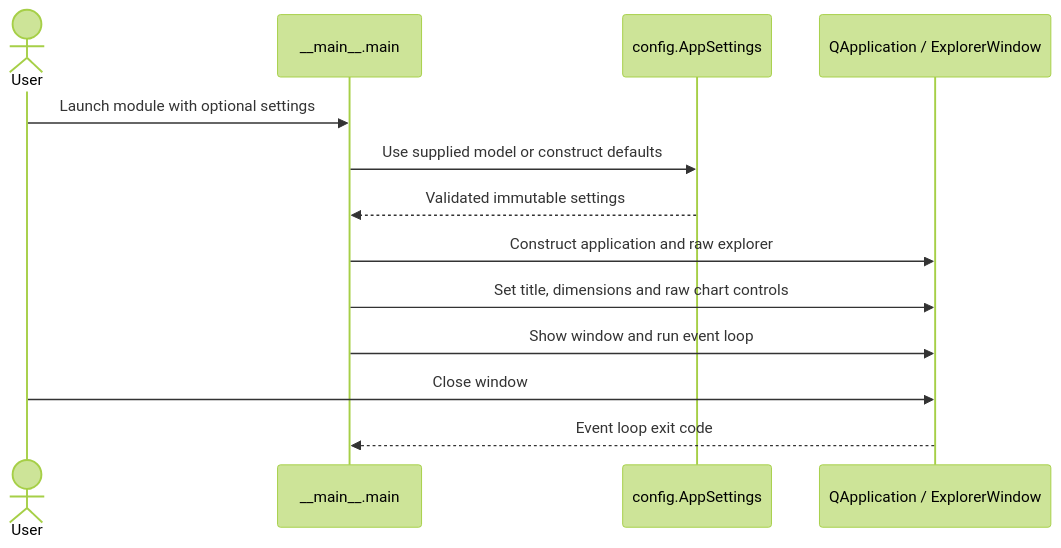
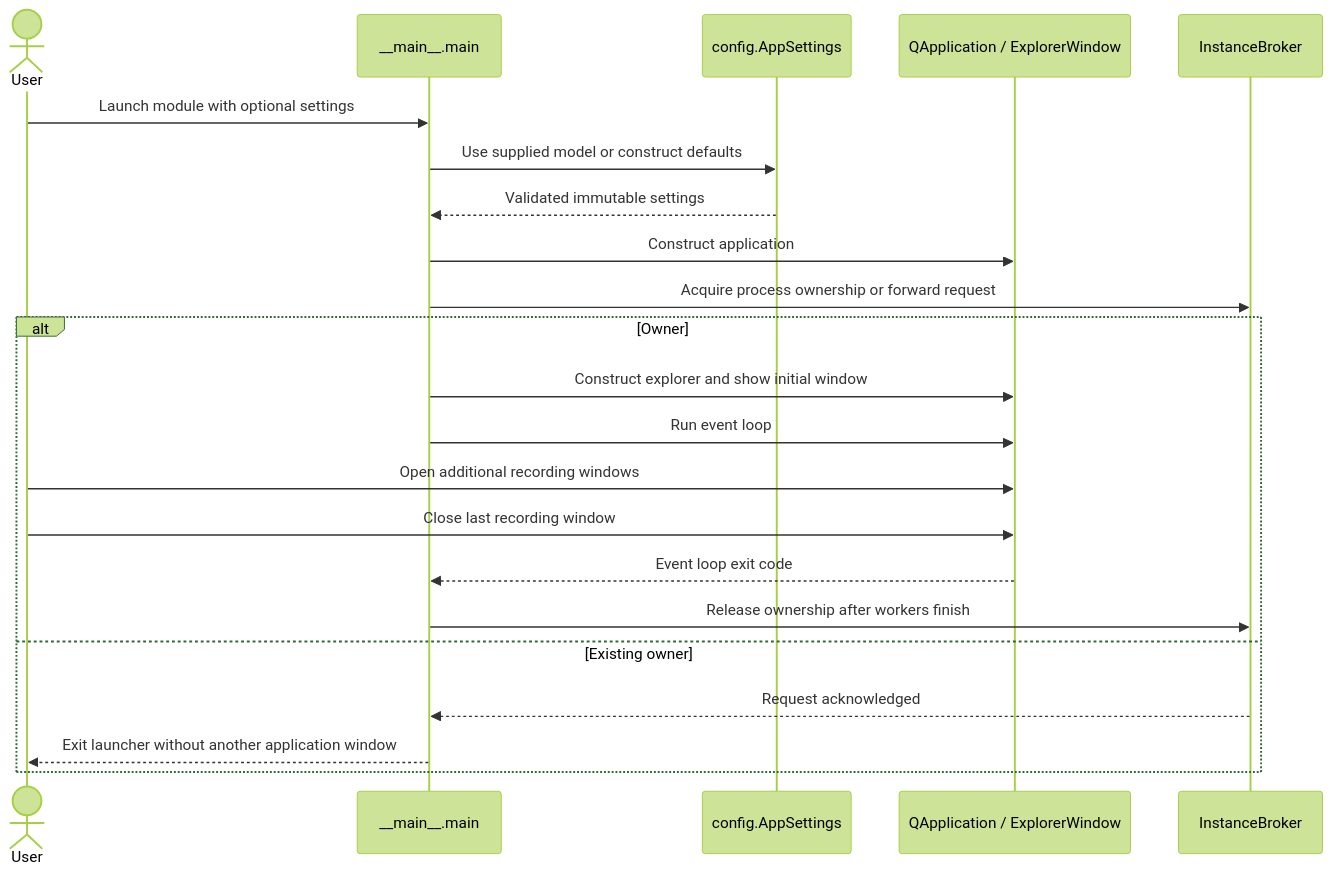
One commit to rudnerbjoern/ride-forces-analyzer changed the first of 6 diagrams in docs/architecture/06_runtime_view.md. Above: the diagram before and after it, drawn with Mermaid (forest theme). The commit also changed other lines of this file and 12 other files, not shown here.

First line of the commit message:
:sparkles: feat(gui): compare recordings within one application instance

````diff
--- a/docs/architecture/06_runtime_view.md
+++ b/docs/architecture/06_runtime_view.md
@@ -19,15 +19,24 @@
 ```mermaid
 sequenceDiagram
     actor User
     participant Entry as __main__.main
     participant Settings as config.AppSettings
     participant Qt as QApplication / ExplorerWindow
+    participant IPC as InstanceBroker
     User->>Entry: Launch module with optional settings
     Entry->>Settings: Use supplied model or construct defaults
     Settings-->>Entry: Validated immutable settings
-    Entry->>Qt: Construct application and raw explorer
-    Entry->>Qt: Set title, dimensions and raw chart controls
-    Entry->>Qt: Show window and run event loop
-    User->>Qt: Close window
-    Qt-->>Entry: Event loop exit code
+    Entry->>Qt: Construct application
+    Entry->>IPC: Acquire process ownership or forward request
+    alt Owner
+        Entry->>Qt: Construct explorer and show initial window
+        Entry->>Qt: Run event loop
+        User->>Qt: Open additional recording windows
+        User->>Qt: Close last recording window
+        Qt-->>Entry: Event loop exit code
+        Entry->>IPC: Release ownership after workers finish
+    else Existing owner
+        IPC-->>Entry: Request acknowledged
+        Entry-->>User: Exit launcher without another application window
+    end
 ```
````
